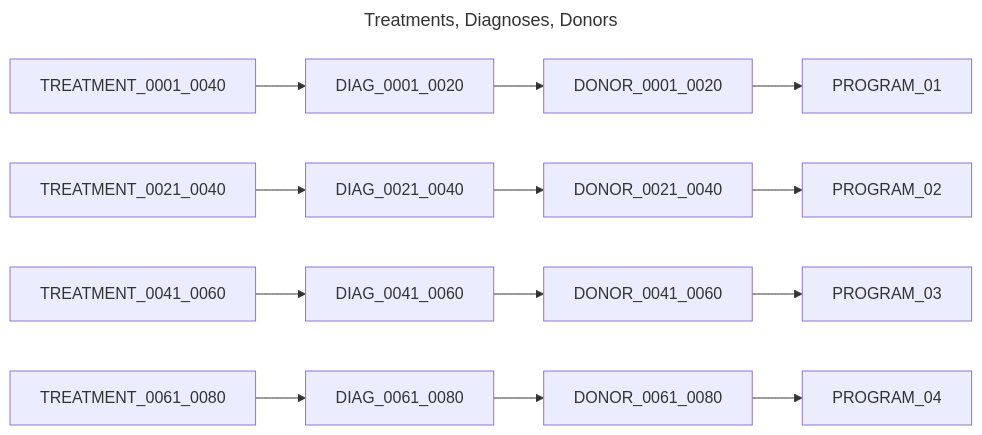
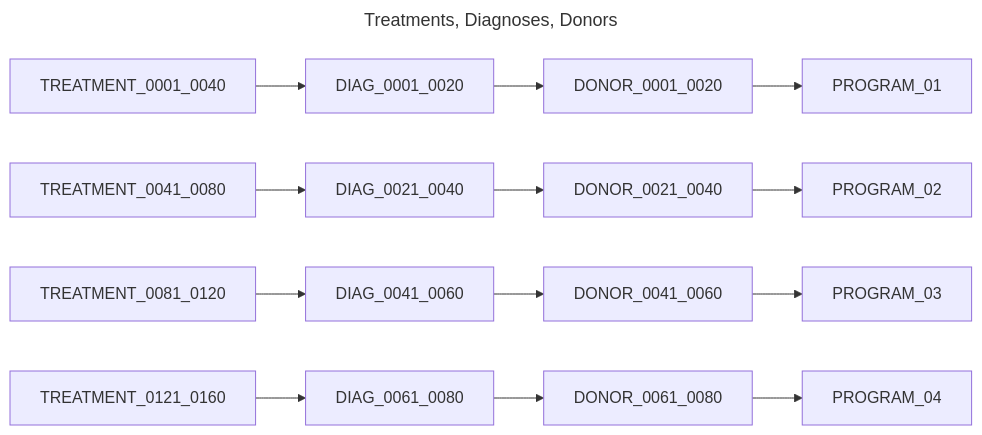
Before and after one commit to CanDIG/katsu: the third of 9 diagrams in chord_metadata_service/mohpackets/data/small_dataset/README.md, drawn with Mermaid.

````diff
--- a/chord_metadata_service/mohpackets/data/small_dataset/README.md
+++ b/chord_metadata_service/mohpackets/data/small_dataset/README.md
@@ -53,14 +53,14 @@
 ```mermaid
 ---
 title: Treatments, Diagnoses, Donors
 ---
 graph LR;  
   DIAG_0001_0020 --> DONOR_0001_0020 --> PROGRAM_01;  
   DIAG_0021_0040 --> DONOR_0021_0040 --> PROGRAM_02;  
   DIAG_0041_0060 --> DONOR_0041_0060 --> PROGRAM_03;  
   DIAG_0061_0080 --> DONOR_0061_0080 --> PROGRAM_04;
   TREATMENT_0001_0040 --> DIAG_0001_0020;
-  TREATMENT_0021_0040 --> DIAG_0021_0040;  
-  TREATMENT_0041_0060 --> DIAG_0041_0060; 
-  TREATMENT_0061_0080 --> DIAG_0061_0080;
+  TREATMENT_0041_0080 --> DIAG_0021_0040;  
+  TREATMENT_0081_0120 --> DIAG_0041_0060; 
+  TREATMENT_0121_0160 --> DIAG_0061_0080;
 ```
````
